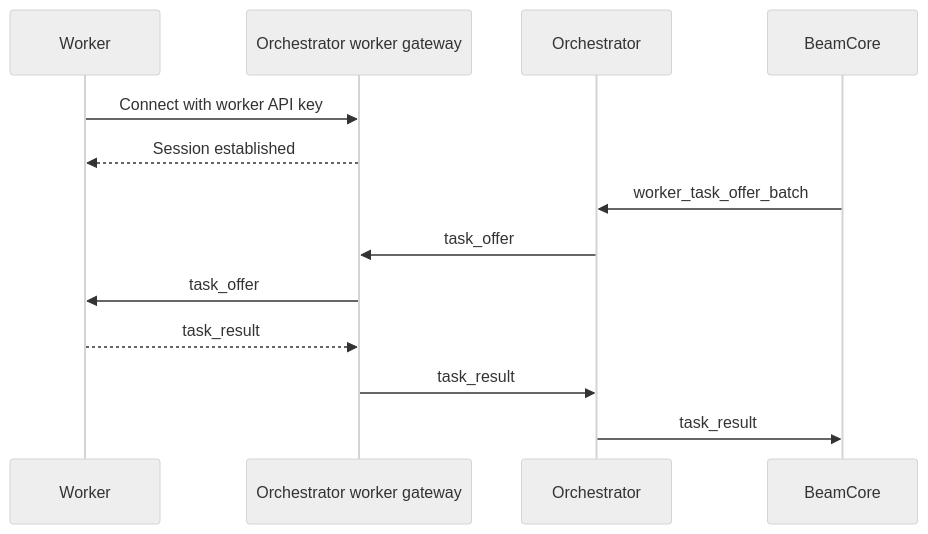
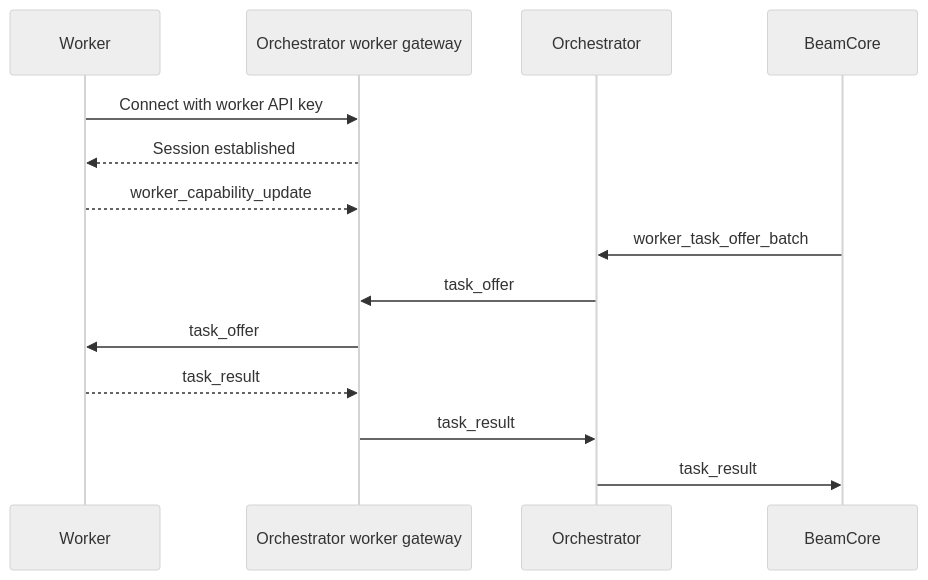
One commit to Beam-Network/beam changed the diagram in guide/workers.md. Above: the diagram before and after it, drawn with Mermaid (neutral theme). The commit also changed other lines of this file and 116 other files, not shown here.

````diff
--- a/guide/workers.md
+++ b/guide/workers.md
@@ -31,16 +31,17 @@
 ```mermaid
 sequenceDiagram
     participant Worker
     participant WorkerGateway as Orchestrator worker gateway
     participant Orchestrator
     participant BeamCore
 
     Worker->>WorkerGateway: Connect with worker API key
     WorkerGateway-->>Worker: Session established
+    Worker-->>WorkerGateway: worker_capability_update
     BeamCore->>Orchestrator: worker_task_offer_batch
     Orchestrator->>WorkerGateway: task_offer
     WorkerGateway->>Worker: task_offer
     Worker-->>WorkerGateway: task_result
     WorkerGateway->>Orchestrator: task_result
     Orchestrator->>BeamCore: task_result
 ```
````
